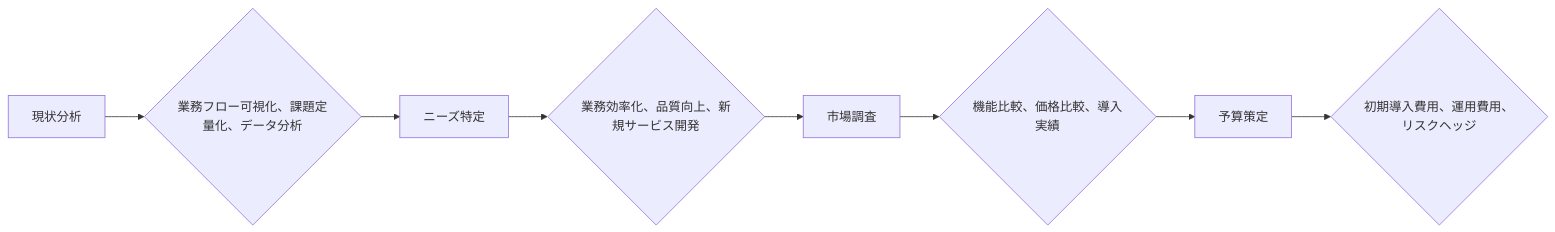
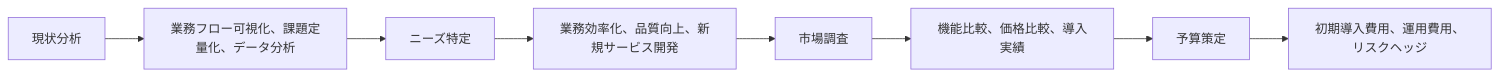
Before and after one commit to SparklingDetergent/doc_genai_How_to_evaluate_the_cost-effectiveness_of_using_generative_AI_for_business_purposes: the sixth of 16 diagrams in README.md, drawn with Mermaid. The commit also changed other lines of this file, not shown here.

````diff
--- a/README.md
+++ b/README.md
@@ -201,10 +212,10 @@
 ```mermaid
 graph LR
-    A[現状分析] --> B{業務フロー可視化、課題定量化、データ分析}
+    A[現状分析] --> B[業務フロー可視化、課題定量化、データ分析]
     B --> C[ニーズ特定]
-    C --> D{業務効率化、品質向上、新規サービス開発}
+    C --> D[業務効率化、品質向上、新規サービス開発]
     D --> E[市場調査]
-    E --> F{機能比較、価格比較、導入実績}
+    E --> F[機能比較、価格比較、導入実績]
     F --> G[予算策定]
-    G --> H{初期導入費用、運用費用、リスクヘッジ}
+    G --> H[初期導入費用、運用費用、リスクヘッジ]
 ```
````
